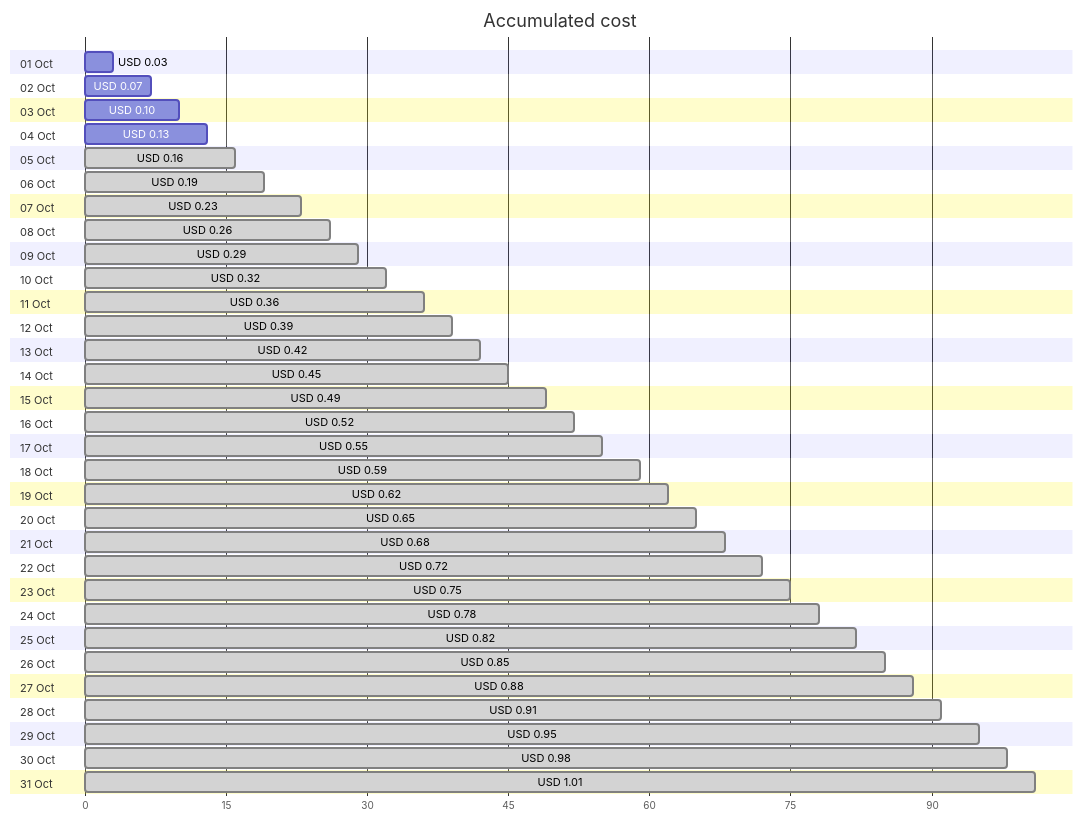
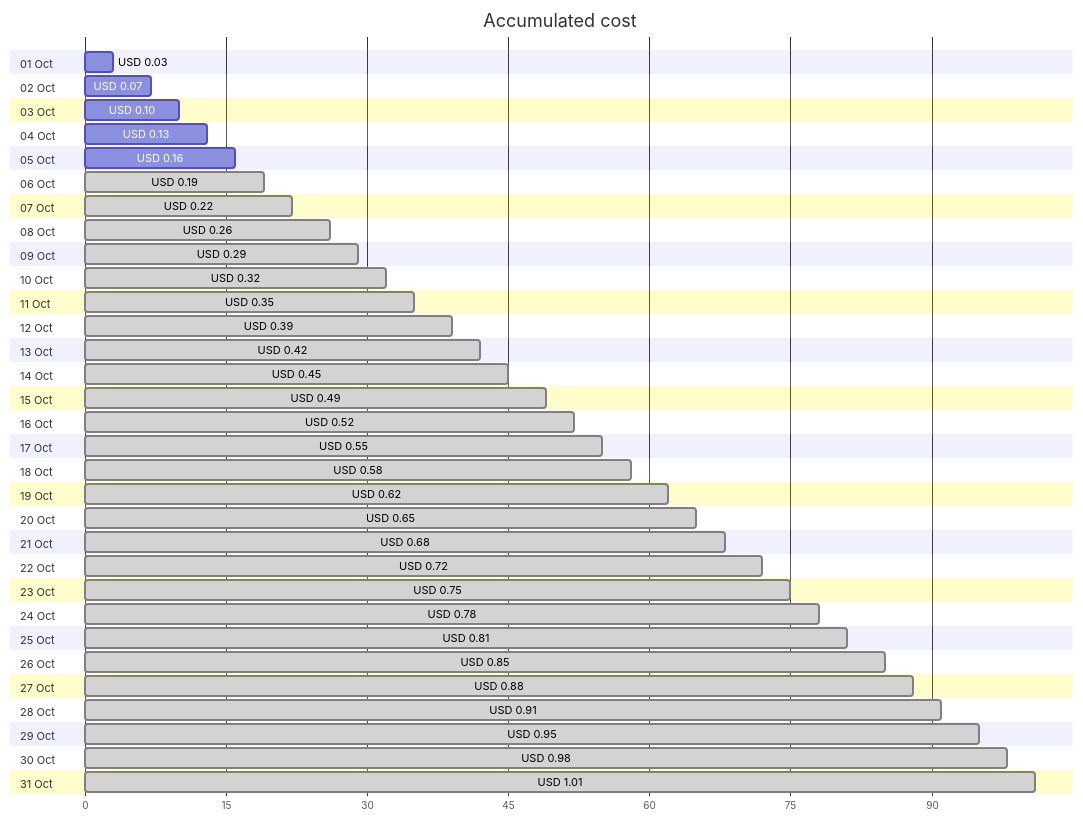
Before and after one commit to jpfulton/azure-personal-reports: the first of 4 diagrams in cost-reports/personal-dns/README.md, drawn with Mermaid. The commit also changed other lines of this file and 2 other files, not shown here.

````diff
--- a/cost-reports/personal-dns/README.md
+++ b/cost-reports/personal-dns/README.md
@@ -20,68 +20,68 @@
 ```mermaid
 gantt
    title Accumulated cost
    dateFormat  X
    axisFormat %s
    section 01 Oct
    USD 0.03 :0, 3
    section 02 Oct
    USD 0.07 :0, 7
    section 03 Oct
    USD 0.10 :0, 10
    section 04 Oct
    USD 0.13 :0, 13
    section 05 Oct
-   USD 0.16 : done, 0, 16
+   USD 0.16 :0, 16
    section 06 Oct
    USD 0.19 : done, 0, 19
    section 07 Oct
-   USD 0.23 : done, 0, 23
+   USD 0.22 : done, 0, 22
    section 08 Oct
    USD 0.26 : done, 0, 26
    section 09 Oct
    USD 0.29 : done, 0, 29
    section 10 Oct
    USD 0.32 : done, 0, 32
    section 11 Oct
-   USD 0.36 : done, 0, 36
+   USD 0.35 : done, 0, 35
    section 12 Oct
    USD 0.39 : done, 0, 39
    section 13 Oct
    USD 0.42 : done, 0, 42
    section 14 Oct
    USD 0.45 : done, 0, 45
    section 15 Oct
    USD 0.49 : done, 0, 49
    section 16 Oct
    USD 0.52 : done, 0, 52
    section 17 Oct
    USD 0.55 : done, 0, 55
    section 18 Oct
-   USD 0.59 : done, 0, 59
+   USD 0.58 : done, 0, 58
    section 19 Oct
    USD 0.62 : done, 0, 62
    section 20 Oct
    USD 0.65 : done, 0, 65
    section 21 Oct
    USD 0.68 : done, 0, 68
    section 22 Oct
    USD 0.72 : done, 0, 72
    section 23 Oct
    USD 0.75 : done, 0, 75
    section 24 Oct
    USD 0.78 : done, 0, 78
    section 25 Oct
-   USD 0.82 : done, 0, 82
+   USD 0.81 : done, 0, 81
    section 26 Oct
    USD 0.85 : done, 0, 85
    section 27 Oct
    USD 0.88 : done, 0, 88
    section 28 Oct
    USD 0.91 : done, 0, 91
    section 29 Oct
    USD 0.95 : done, 0, 95
    section 30 Oct
    USD 0.98 : done, 0, 98
    section 31 Oct
    USD 1.01 : done, 0, 101
 ```
````
